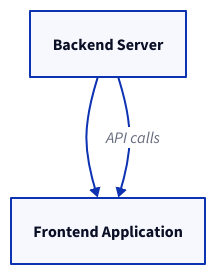
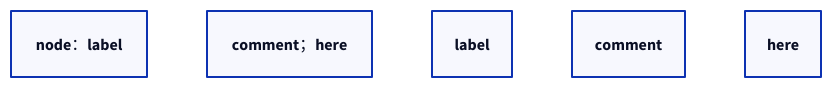
The second of 14 diagrams in docs/kroki/d2/common-errors.md (chyax98/DiagramAI), drawn with D2 before and after one commit. The commit also changed other lines of this file and 52 other files, not shown here.

````diff
--- a/docs/kroki/d2/common-errors.md
+++ b/docs/kroki/d2/common-errors.md
@@ -60,9 +30,11 @@
 ```d2
-# ✅ 正确: 使用键名
-backend: Backend Server
-frontend: Frontend Application
+# ❌ 错误: 中文冒号
+node：label
 
-backend -> frontend
-# 或带标签
-backend -> frontend: API calls
+# ❌ 错误: 中文分号
+comment；here
+
+# ✅ 正确: ASCII 字符
+node: label
+comment; here
 ```
````
